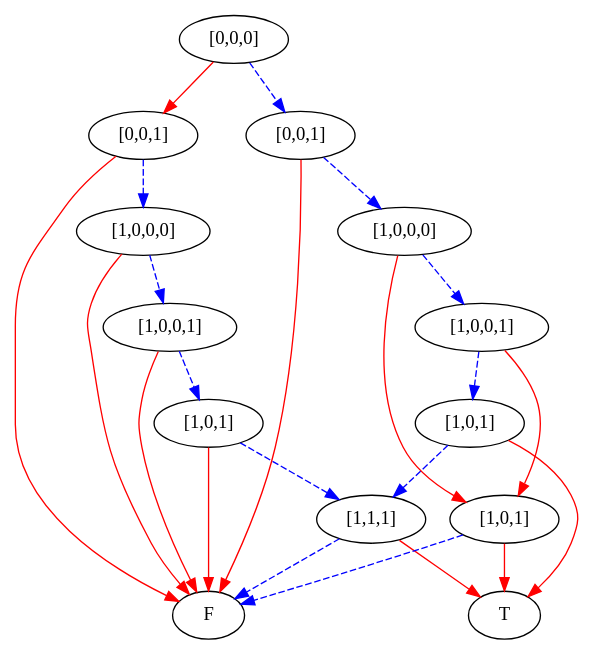
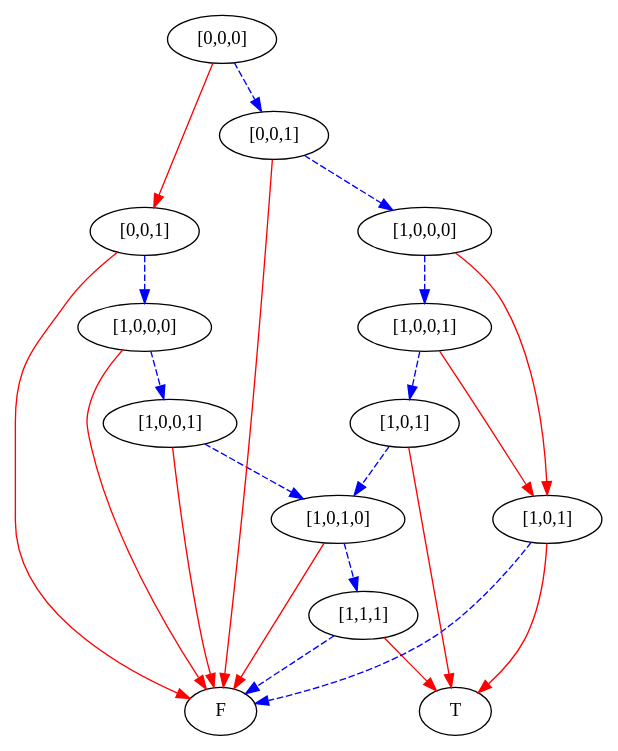
Before and after one commit to mburyakov/minxmod: the diagram in simpleProgram5bstates/2.dot, drawn with Graphviz. The commit also changed 21 other files, not shown here.

```diff
--- a/simpleProgram5bstates/2.dot
+++ b/simpleProgram5bstates/2.dot
@@ -1,48 +1,48 @@
 digraph {
     1 [label=F];
     2 [label=T];
     3 [label="[1,1,1]"];
-    4 [label="[1,0,1]"];
+    4 [label="[1,0,1,0]"];
     5 [label="[1,0,0,1]"];
     6 [label="[1,0,0,0]"];
     7 [label="[0,0,1]"];
     8 [label="[1,0,1]"];
     9 [label="[1,0,1]"];
     10 [label="[1,0,0,1]"];
     11 [label="[1,0,0,0]"];
     12 [label="[0,0,1]"];
     13 [label="[0,0,0]"];
     3 -> 1 [style=dashed
            ,color=blue];
     3 -> 2 [color=red];
     4 -> 3 [style=dashed
            ,color=blue];
     4 -> 1 [color=red];
     5 -> 4 [style=dashed
            ,color=blue];
     5 -> 1 [color=red];
     6 -> 5 [style=dashed
            ,color=blue];
     6 -> 1 [color=red];
     7 -> 6 [style=dashed
            ,color=blue];
     7 -> 1 [color=red];
     8 -> 1 [style=dashed
            ,color=blue];
     8 -> 2 [color=red];
-    9 -> 3 [style=dashed
+    9 -> 4 [style=dashed
            ,color=blue];
     9 -> 2 [color=red];
     10 -> 8 [color=red];
     10 -> 9 [style=dashed
             ,color=blue];
     11 -> 8 [color=red];
     11 -> 10 [style=dashed
              ,color=blue];
     12 -> 11 [style=dashed
              ,color=blue];
     12 -> 1 [color=red];
     13 -> 7 [color=red];
     13 -> 12 [style=dashed
              ,color=blue];
 }
```
